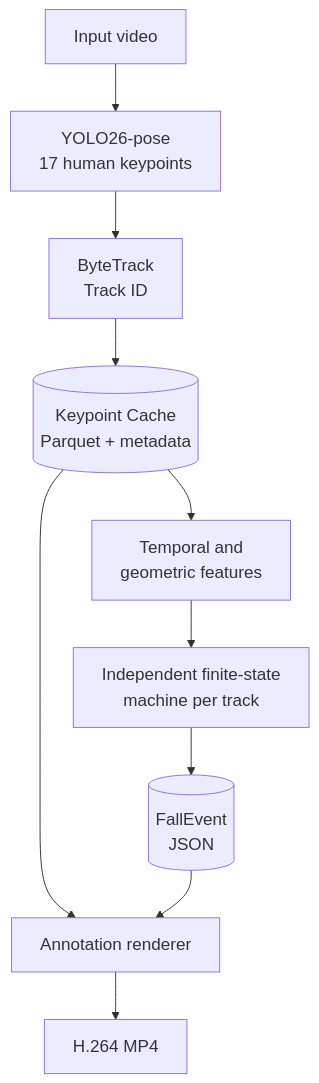
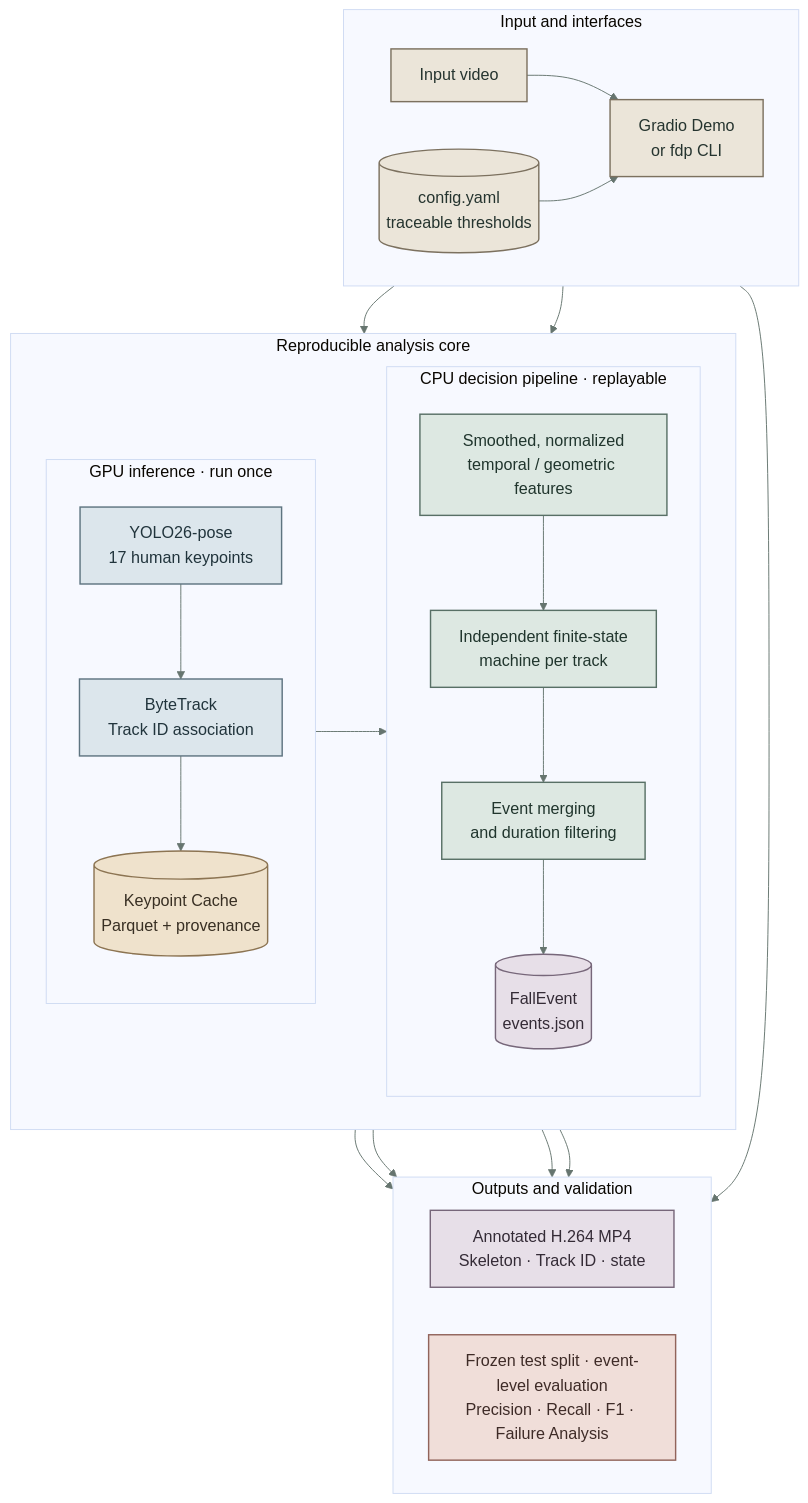
One commit to kuotunyu/fall-detection-pose changed the first of 3 diagrams in README.en.md. Above: the diagram before and after it, drawn with Mermaid. The commit also changed other lines of this file and 1 other file, not shown here.

Commit message:
docs: add architecture diagrams to bilingual README

````diff
--- a/README.en.md
+++ b/README.en.md
@@ -120,13 +122,56 @@
 ```mermaid
-%%{init: {'themeVariables': {'fontSize': '18px'}}}%%
-flowchart TD
-    Video[Input video] --> Pose[YOLO26-pose<br/>17 human keypoints]
-    Pose --> Track[ByteTrack<br/>Track ID]
-    Track --> Cache[(Keypoint Cache<br/>Parquet + metadata)]
-    Cache --> Feature[Temporal and<br/>geometric features]
-    Feature --> FSM[Independent finite-state<br/>machine per track]
-    FSM --> Events[(FallEvent<br/>JSON)]
-    Cache --> Annotate[Annotation renderer]
-    Events --> Annotate
-    Annotate --> Result[H.264 MP4]
+%%{init: {'theme': 'base', 'themeVariables': {'fontSize': '17px', 'fontFamily': 'Arial, sans-serif', 'lineColor': '#66756F'}}}%%
+flowchart TB
+    subgraph Interface[Input and interfaces]
+        direction LR
+        Video[Input video] --> Entry[Gradio Demo<br/>or fdp CLI]
+        Config[(config.yaml<br/>traceable thresholds)] --> Entry
+    end
+
+    subgraph Core[Reproducible analysis core]
+        direction LR
+        subgraph GPU[GPU inference · run once]
+            direction TB
+            Pose[YOLO26-pose<br/>17 human keypoints] --> Track[ByteTrack<br/>Track ID association]
+            Track --> Cache[(Keypoint Cache<br/>Parquet + provenance)]
+        end
+
+        subgraph CPU[CPU decision pipeline · replayable]
+            direction TB
+            Feature[Smoothed, normalized<br/>temporal / geometric features] --> FSM[Independent finite-state<br/>machine per track]
+            FSM --> Post[Event merging<br/>and duration filtering]
+            Post --> Events[(FallEvent<br/>events.json)]
+        end
+
+        Cache --> Feature
+    end
+
+    Entry --> Pose
+    Config --> Feature
+
+    subgraph Evidence[Outputs and validation]
+        direction LR
+        Render[Annotated H.264 MP4<br/>Skeleton · Track ID · state]
+        Eval[Frozen test split · event-level evaluation<br/>Precision · Recall · F1 · Failure Analysis]
+    end
+
+    Cache --> Render
+    Events --> Render
+    Video --> Render
+    Cache --> Eval
+    Events --> Eval
+
+    classDef input fill:#EBE5D9,stroke:#7C715F,stroke-width:1.5px,color:#25342F
+    classDef inference fill:#DCE6EC,stroke:#5E7480,stroke-width:1.5px,color:#21343C
+    classDef cache fill:#EFE2CC,stroke:#8C7452,stroke-width:1.5px,color:#382F23
+    classDef decision fill:#DDE8E2,stroke:#587066,stroke-width:1.5px,color:#20352D
+    classDef output fill:#E7DFE8,stroke:#77677A,stroke-width:1.5px,color:#342B36
+    classDef evidence fill:#F0DED9,stroke:#91645B,stroke-width:1.5px,color:#3E2B27
+
+    class Video,Entry,Config input
+    class Pose,Track inference
+    class Cache cache
+    class Feature,FSM,Post decision
+    class Events,Render output
+    class Eval evidence
 ```
````
